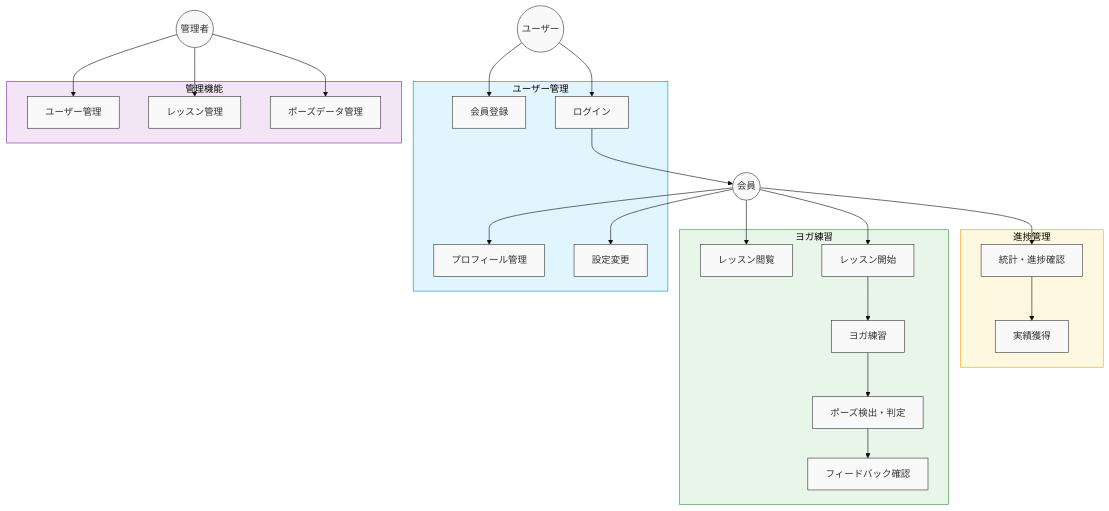
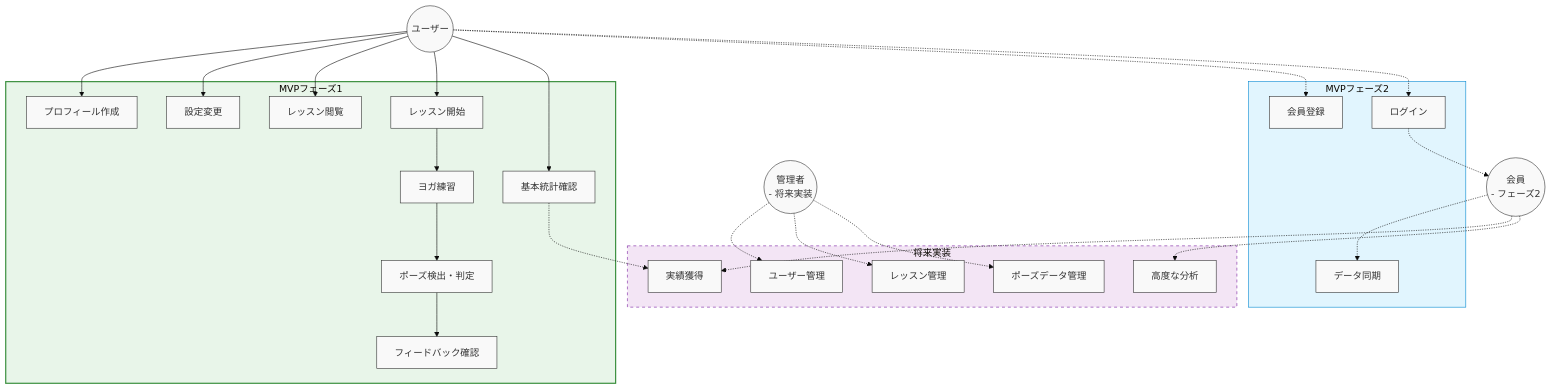
Before and after one commit to hid3x1/yoga-app-sample: the diagram in yoga-app-use-case.mermaid, drawn with Mermaid (base theme).

```diff
--- a/yoga-app-use-case.mermaid
+++ b/yoga-app-use-case.mermaid
@@ -1,84 +1,86 @@
 flowchart TB
     %% アクター
     user((ユーザー))
-    member((会員))
-    admin((管理者))
+    member((会員\n- フェーズ2))
+    admin((管理者\n- 将来実装))
     
-    %% ユーザー管理関連
-    register[会員登録]
-    login[ログイン]
-    profile[プロフィール管理]
+    %% MVPフェーズ1のユースケース
+    createProfile[プロフィール作成]
     settings[設定変更]
-    
-    %% ポーズ・レッスン関連
     viewLesson[レッスン閲覧]
     startLesson[レッスン開始]
     practiceYoga[ヨガ練習]
     poseDetection[ポーズ検出・判定]
     viewFeedback[フィードバック確認]
+    viewStats[基本統計確認]
     
-    %% 進捗・実績関連
-    viewStats[統計・進捗確認]
+    %% MVPフェーズ2のユースケース
+    register[会員登録]
+    login[ログイン]
+    syncData[データ同期]
+    
+    %% 将来実装のユースケース
     achievement[実績獲得]
-    
-    %% 管理機能
     manageUsers[ユーザー管理]
     manageLessons[レッスン管理]
     managePoses[ポーズデータ管理]
+    advancedAnalytics[高度な分析]
     
-    %% リレーションシップ
-    user --> register
-    user --> login
-    login --> member
-    
-    member --> profile
-    member --> settings
-    member --> viewLesson
-    member --> startLesson
+    %% リレーションシップ - フェーズ1
+    user --> createProfile
+    user --> settings
+    user --> viewLesson
+    user --> startLesson
     startLesson --> practiceYoga
     practiceYoga --> poseDetection
     poseDetection --> viewFeedback
-    member --> viewStats
-    viewStats --> achievement
+    user --> viewStats
     
-    admin --> manageUsers
-    admin --> manageLessons
-    admin --> managePoses
+    %% リレーションシップ - フェーズ2
+    user -.-> register
+    user -.-> login
+    login -.-> member
+    member -.-> syncData
+    
+    %% リレーションシップ - 将来実装
+    member -.-> achievement
+    viewStats -.-> achievement
+    admin -.-> manageUsers
+    admin -.-> manageLessons
+    admin -.-> managePoses
+    member -.-> advancedAnalytics
     
     %% グループ化
-    subgraph ユーザー管理
-        register
-        login
-        profile
+    subgraph MVPフェーズ1
+        createProfile
         settings
-    end
-    
-    subgraph ヨガ練習
         viewLesson
         startLesson
         practiceYoga
         poseDetection
         viewFeedback
+        viewStats
     end
     
-    subgraph 進捗管理
-        viewStats
-        achievement
+    subgraph MVPフェーズ2
+        register
+        login
+        syncData
     end
     
-    subgraph 管理機能
+    subgraph 将来実装
+        achievement
         manageUsers
         manageLessons
         managePoses
+        advancedAnalytics
     end
     
     classDef default fill:#f9f9f9,stroke:#333,stroke-width:1px;
-    classDef userGroup fill:#e1f5fe,stroke:#0288d1,stroke-width:1px;
-    classDef yogaGroup fill:#e8f5e9,stroke:#388e3c,stroke-width:1px;
-    classDef statsGroup fill:#fff8e1,stroke:#ffa000,stroke-width:1px;
-    classDef adminGroup fill:#f3e5f5,stroke:#7b1fa2,stroke-width:1px;
+    classDef phase1 fill:#e8f5e9,stroke:#388e3c,stroke-width:2px;
+    classDef phase2 fill:#e1f5fe,stroke:#0288d1,stroke-width:1px;
+    classDef future fill:#f3e5f5,stroke:#7b1fa2,stroke-width:1px,stroke-dasharray: 5 5;
     
-    class ユーザー管理 userGroup;
-    class ヨガ練習 yogaGroup;
-    class 進捗管理 statsGroup;
-    class 管理機能 adminGroup;
+    class MVPフェーズ1 phase1;
+    class MVPフェーズ2 phase2;
+    class 将来実装 future;
```
